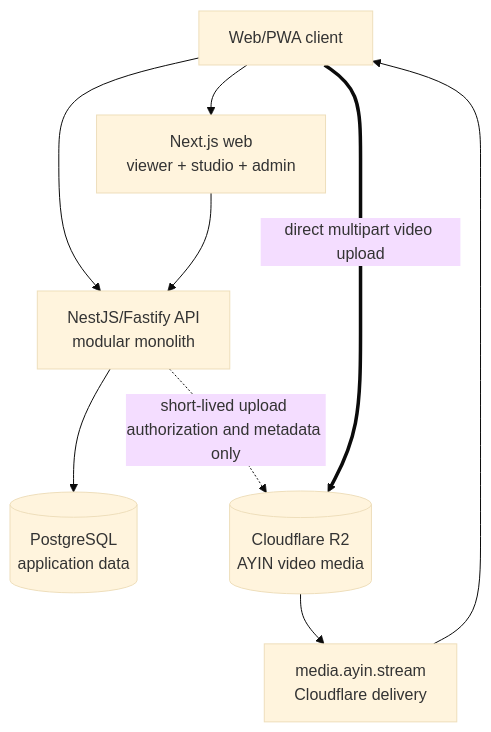
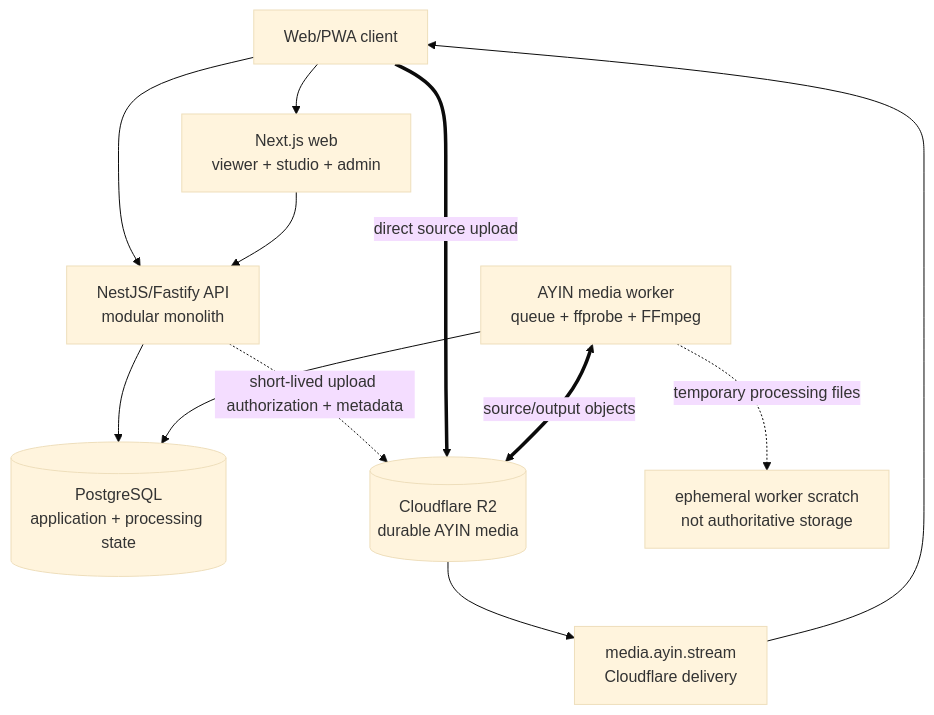
Before and after one commit to eltx1/ayin: the first of 2 diagrams in docs/ARCHITECTURE.md, drawn with Mermaid (base theme). The commit also changed other lines of this file and 9 other files, not shown here.

First line of the commit message:
Task 39: Media Architecture V2 contracts for HLS/ABR (#58)

````diff
--- a/docs/ARCHITECTURE.md
+++ b/docs/ARCHITECTURE.md
@@ -58,18 +58,23 @@
 ```mermaid
 flowchart TD
     Client["Web/PWA client"]
     Web["Next.js web\nviewer + studio + admin"]
     API["NestJS/Fastify API\nmodular monolith"]
-    DB[("PostgreSQL\napplication data")]
-    R2[("Cloudflare R2\nAYIN video media")]
+    Worker["AYIN media worker\nqueue + ffprobe + FFmpeg"]
+    DB[("PostgreSQL\napplication + processing state")]
+    R2[("Cloudflare R2\ndurable AYIN media")]
+    Scratch["ephemeral worker scratch\nnot authoritative storage"]
     Media["media.ayin.stream\nCloudflare delivery"]
 
     Client --> Web
     Client --> API
     Web --> API
     API --> DB
-    API -. "short-lived upload authorization and metadata only" .-> R2
-    Client == "direct multipart video upload" ==> R2
+    API -. "short-lived upload authorization + metadata" .-> R2
+    Client == "direct source upload" ==> R2
+    Worker --> DB
+    Worker <== "source/output objects" ==> R2
+    Worker -. "temporary processing files" .-> Scratch
     R2 --> Media
     Media --> Client
 ```
````
